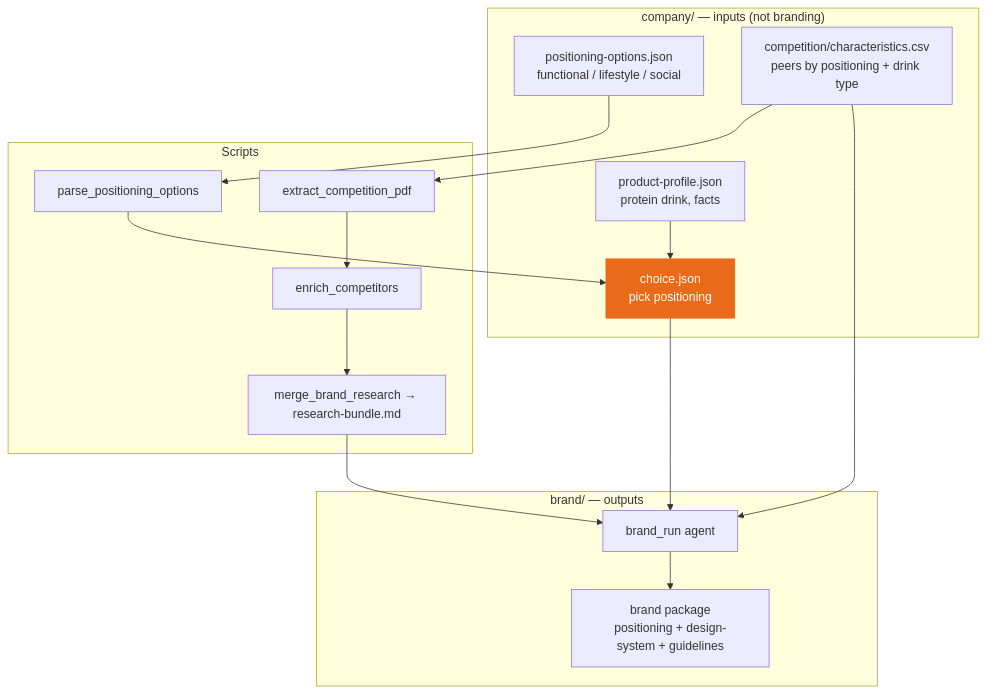
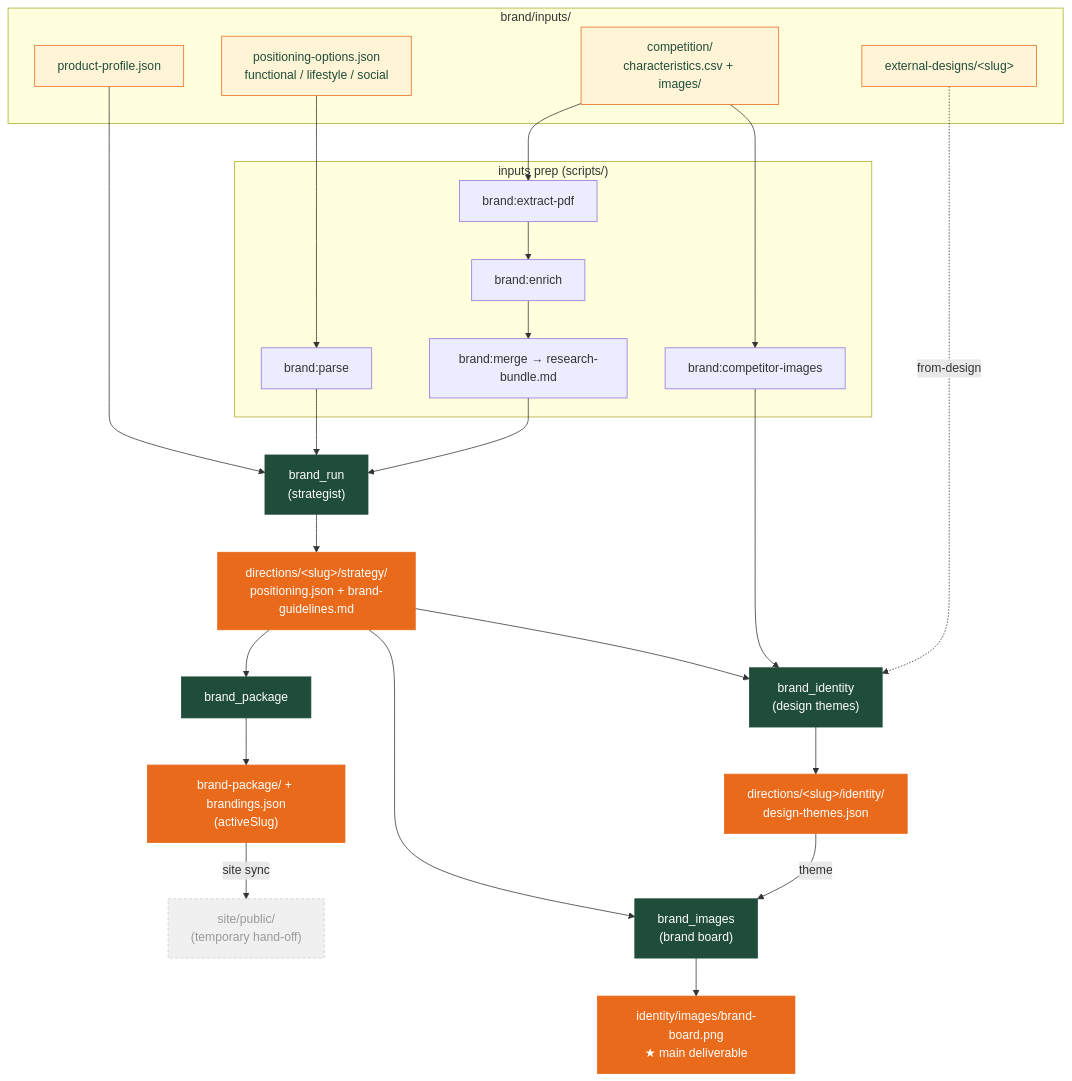
One commit to sinberlin2/pep-online changed the diagram in docs/PIPELINE-CONCEPT.md. Above: the diagram before and after it, drawn with Mermaid. The commit also changed other lines of this file and 204 other files, not shown here.

Commit message:
restructure branding agent

````diff
--- a/docs/PIPELINE-CONCEPT.md
+++ b/docs/PIPELINE-CONCEPT.md
@@ -8,33 +6,53 @@
 ```mermaid
 flowchart TB
-    classDef co fill:#fff4d6,stroke:#e86a1a,color:#1f4d3a;
-    classDef pick fill:#e86a1a,stroke:#e86a1a,color:#fff;
-    classDef out fill:#1f4d3a,stroke:#1f4d3a,color:#fff;
+    classDef in fill:#fff4d6,stroke:#e86a1a,color:#1f4d3a;
+    classDef agent fill:#1f4d3a,stroke:#1f4d3a,color:#fff;
+    classDef out fill:#e86a1a,stroke:#e86a1a,color:#fff;
+    classDef step fill:#3b6ea5,stroke:#2b5580,color:#fff;
+    classDef temp fill:#f0f0f0,stroke:#cccccc,color:#999999,stroke-dasharray:4 3;
 
-    subgraph CO["company/ — inputs (not branding)"]
-        PP[product-profile.json<br/>protein drink, facts]
-        PO[positioning-options.json<br/>functional / lifestyle / social]
-        CP[competition/characteristics.csv<br/>peers by positioning + drink type]
-        CH[choice.json<br/>pick positioning]:::pick
+    subgraph INPUTS["brand/inputs/"]
+        PP[product-profile.json]:::in
+        PO[positioning-options.json<br/>functional / lifestyle / social]:::in
+        COMP[competition/<br/>characteristics.csv + images/]:::in
+        EXT[external-designs/&lt;slug&gt;]:::in
     end
 
-    subgraph PREP["Scripts"]
-        parse[parse_positioning_options]
-        extract[extract_competition_pdf]
-        enrich[enrich_competitors]
-        merge[merge_brand_research → research-bundle.md]
+    subgraph PREP["inputs prep (scripts/)"]
+        parse[brand:parse]
+        pdf[brand:extract-pdf]
+        enrich[brand:enrich]
+        imgs[brand:competitor-images]
+        merge[brand:merge → research-bundle.md]
     end
 
-    subgraph BR["brand/ — outputs"]
-        RUN[brand_run agent]
-        PKG[brand package<br/>positioning + design-system + guidelines]
-        RUN --> PKG
-    end
+    RUN["brand_run<br/>(strategist)"]:::agent
+    PKG["brand_package"]:::agent
+    IMG["brand_images<br/>(brand board)"]:::agent
+    ID["brand_identity<br/>(design themes)"]:::agent
 
-    PP --> CH
-    PO --> parse --> CH
-    CP --> extract --> enrich --> merge
-    CH --> RUN
-    merge --> RUN
-    CP --> RUN
+    STRAT["directions/&lt;slug&gt;/strategy/<br/>positioning.json + brand-guidelines.md"]:::out
+    THEMES["directions/&lt;slug&gt;/identity/<br/>design-themes.json"]:::out
+    BOARD["identity/images/brand-board.png<br/>★ main deliverable"]:::out
+    PKGOUT["brand-package/ + brandings.json<br/>(activeSlug)"]:::out
+    SITE["site/public/<br/>(temporary hand-off)"]:::temp
+
+    PP --> RUN
+    PO --> parse --> RUN
+    COMP --> pdf --> enrich --> merge --> RUN
+
+    RUN --> STRAT
+    STRAT --> PKG
+    STRAT --> IMG
+    STRAT --> ID
+
+    COMP --> imgs --> ID
+    EXT -.->|from-design| ID
+    ID --> THEMES
+
+    THEMES -->|theme| IMG
+    IMG --> BOARD
+
+    PKG --> PKGOUT
+    PKGOUT -->|site sync| SITE
 ```
````
